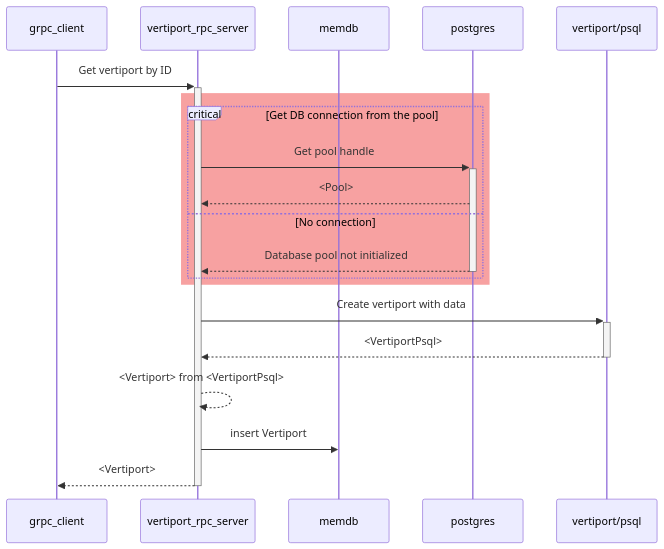
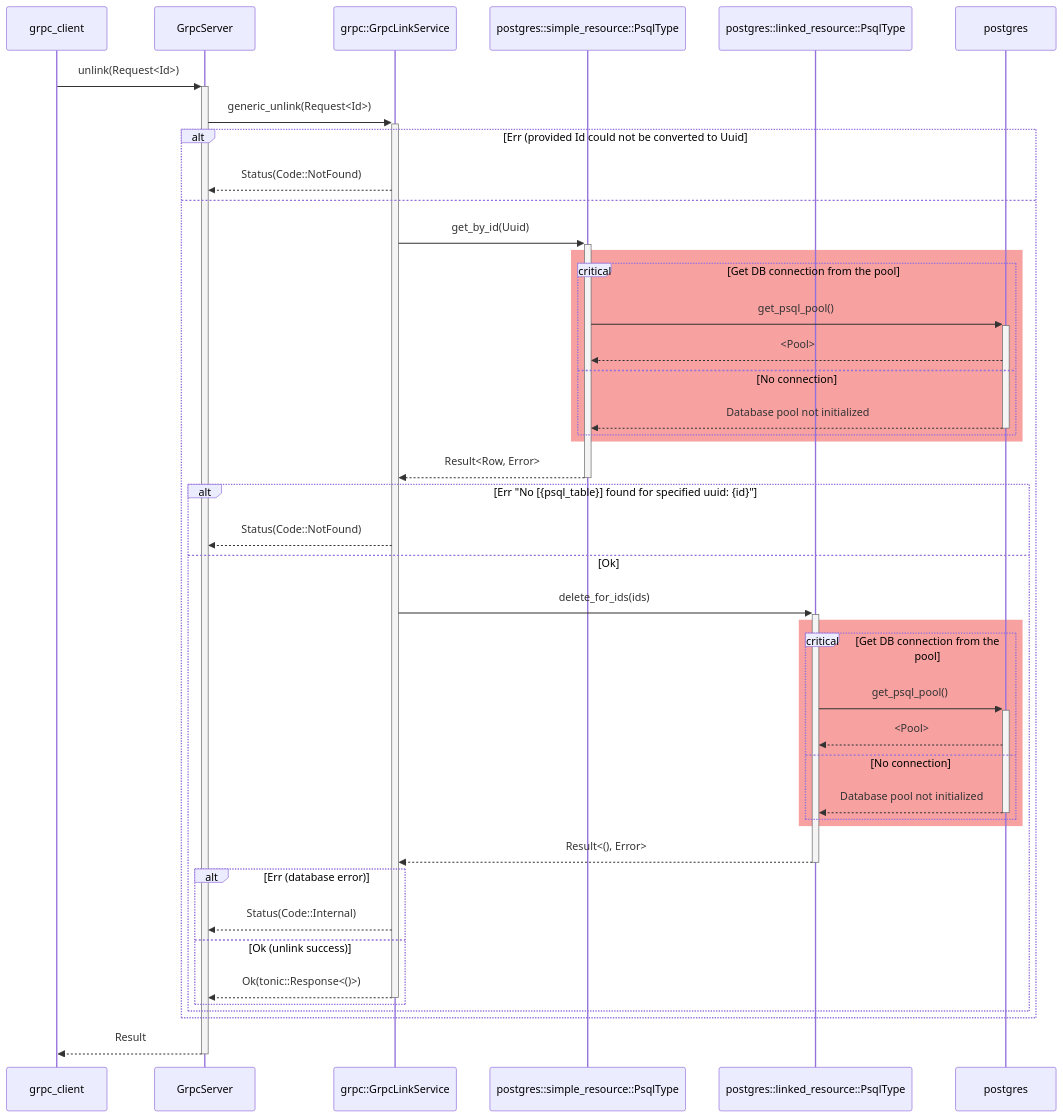
Before and after one commit to aetheric-oss/svc-storage: the tenth of 13 diagrams in docs/sdd.md, drawn with Mermaid. The commit also changed other lines of this file and 2 other files, not shown here.

````diff
--- a/docs/sdd.md
+++ b/docs/sdd.md
@@ -399,22 +465,45 @@
 ```mermaid
 sequenceDiagram
     participant client as grpc_client
-    participant grpc as vertiport_rpc_server
-    participant memdb as memdb
+    participant grpc_server as GrpcServer
+    participant grpc_service as grpc::GrpcLinkService
+    participant psql_simple as postgres::simple_resource::PsqlType
+    participant psql_linked as postgres::linked_resource::PsqlType
     participant psql as postgres
-    participant psql_vp as vertiport/psql
-    client->>+grpc: Get vertiport by ID
-    rect rgb(247, 161, 161)
-        critical Get DB connection from the pool
-            grpc->>+psql: Get pool handle
-            psql-->>grpc: <Pool>
-        option No connection
-            psql-->>-grpc: Database pool not initialized
+    client->>+grpc_server: unlink(Request<Id>)
+    grpc_server->>+grpc_service: generic_unlink(Request<Id>)
+    alt Err (provided Id could not be converted to Uuid
+        grpc_service-->>grpc_server: Status(Code::NotFound)
+    else
+        grpc_service->>+psql_simple: get_by_id(Uuid)
+        rect rgb(247, 161, 161)
+            critical Get DB connection from the pool
+                psql_simple->>+psql: get_psql_pool()
+                psql-->>psql_simple: <Pool>
+            option No connection
+                psql-->>-psql_simple: Database pool not initialized
+            end
+        end
+        psql_simple-->>-grpc_service: Result<Row, Error>
+        alt Err "No [{psql_table}] found for specified uuid: {id}"
+            grpc_service-->>grpc_server: Status(Code::NotFound)
+        else Ok
+            grpc_service->>+psql_linked: delete_for_ids(ids)
+            rect rgb(247, 161, 161)
+                critical Get DB connection from the pool
+                    psql_linked->>+psql: get_psql_pool()
+                    psql-->>psql_linked: <Pool>
+                option No connection
+                    psql-->>-psql_linked: Database pool not initialized
+                end
+            end
+            psql_linked-->>-grpc_service: Result<(), Error>
+            alt Err (database error)
+                grpc_service-->>grpc_server: Status(Code::Internal)
+            else Ok (unlink success)
+                grpc_service-->>-grpc_server: Ok(tonic::Response<()>)
+            end
         end
     end
-    grpc->>+psql_vp: Create vertiport with data
-    psql_vp-->>-grpc: <VertiportPsql>
-    grpc-->>grpc: <Vertiport> from <VertiportPsql>
-    grpc->>memdb: insert Vertiport
-    grpc-->>-client: <Vertiport>
+    grpc_server-->>-client: Result
 ```
````
